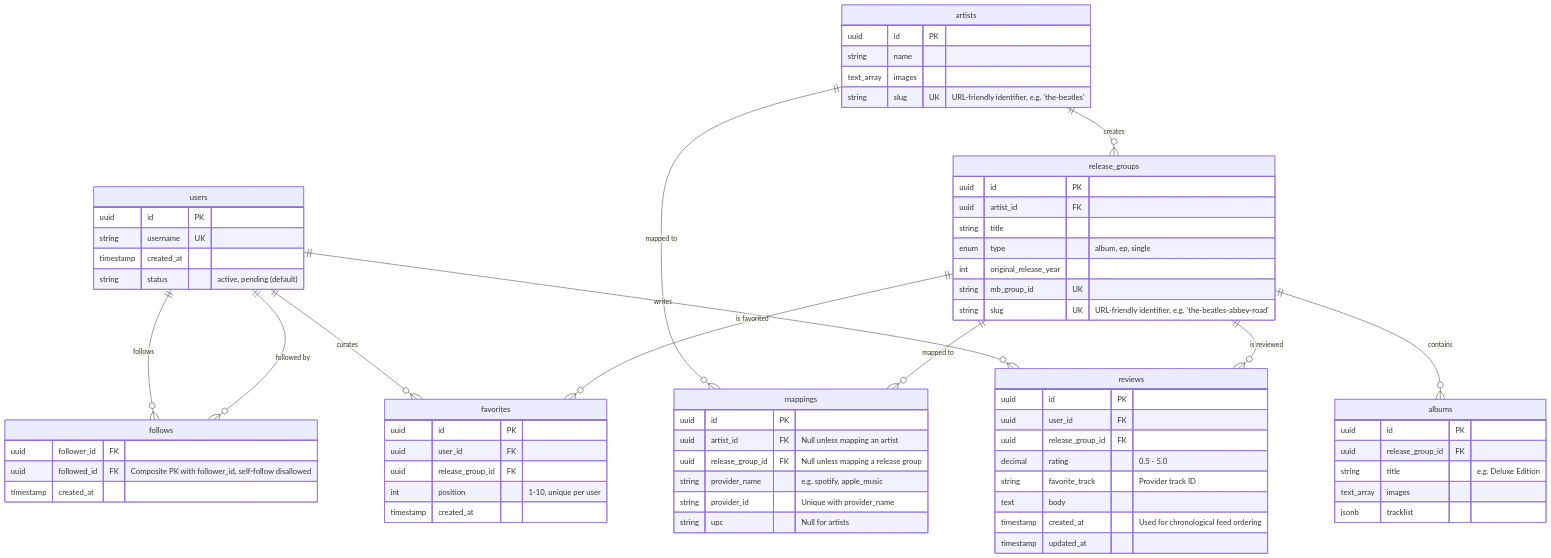
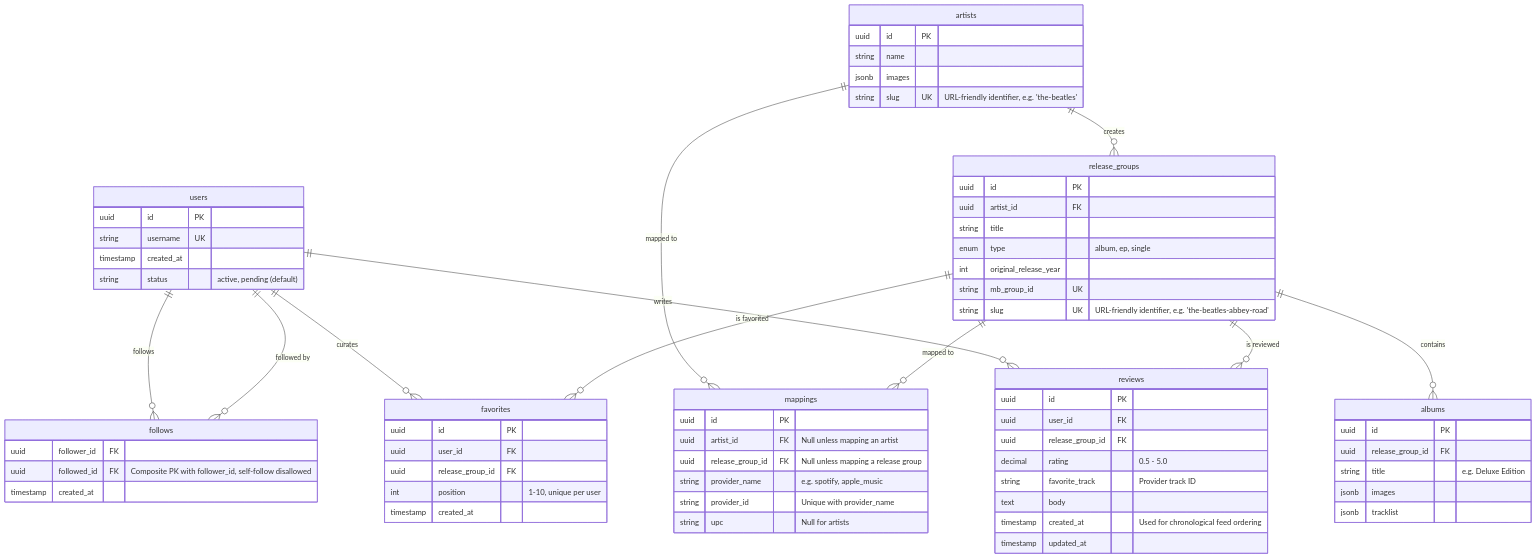
One commit to NZepeda/spinlist changed the diagram in docs/database_schema.mermaid. Above: the diagram before and after it, drawn with Mermaid. The commit also changed 3 other files, not shown here.

```diff
--- a/docs/database_schema.mermaid
+++ b/docs/database_schema.mermaid
@@ -1,92 +1,92 @@
 erDiagram
     users ||--o{ reviews : writes
     users ||--o{ favorites : curates
     users ||--o{ follows : follows
     users ||--o{ follows : "followed by"
     
     artists ||--o{ release_groups : creates
     artists ||--o{ mappings : "mapped to"
     
     release_groups ||--o{ albums : contains
     release_groups ||--o{ reviews : "is reviewed"
     release_groups ||--o{ favorites : "is favorited"
     release_groups ||--o{ mappings : "mapped to"
 
     users {
         uuid id PK
         string username UK
         timestamp created_at
         string status "active, pending (default)"
     }
 
     artists {
         uuid id PK
         string name
-        text_array images
+        jsonb images
         string slug UK "URL-friendly identifier, e.g. 'the-beatles'"
     
     }
 
     release_groups {
         uuid id PK
         uuid artist_id FK
         string title
         enum type "album, ep, single"
         int original_release_year
         string mb_group_id UK
         string slug UK "URL-friendly identifier, e.g. 'the-beatles-abbey-road'"
     }
 
     albums {
         uuid id PK
         uuid release_group_id FK
         string title "e.g. Deluxe Edition"
-        text_array images
+        jsonb images
         jsonb tracklist
     }
 
     mappings {
         uuid id PK
         uuid artist_id FK "Null unless mapping an artist"
         uuid release_group_id FK "Null unless mapping a release group"
         string provider_name "e.g. spotify, apple_music"
         string provider_id "Unique with provider_name"
         string upc "Null for artists"
     }
 
     reviews {
         uuid id PK
         uuid user_id FK
         uuid release_group_id FK
         decimal rating "0.5 - 5.0"
         string favorite_track "Provider track ID"
         text body
         timestamp created_at "Used for chronological feed ordering"
         timestamp updated_at
     }
 
     favorites {
         uuid id PK
         uuid user_id FK
         uuid release_group_id FK
         int position "1-10, unique per user"
         timestamp created_at
     }
 
     follows {
         uuid follower_id FK
         uuid followed_id FK "Composite PK with follower_id, self-follow disallowed"
         timestamp created_at
     }
 
     %% mappings constraints:
     %% - exactly one of artist_id or release_group_id must be set
     %% - UNIQUE(provider_name, provider_id)
 
     %% reviews constraints:
     %% - multiple reviews per (user_id, release_group_id) are allowed
     %% - chronology uses created_at
 
     %% favorites constraints: 
     %% - UNIQUE(user_id, position)
     %% - UNIQUE(user_id, release_group_id)
```
